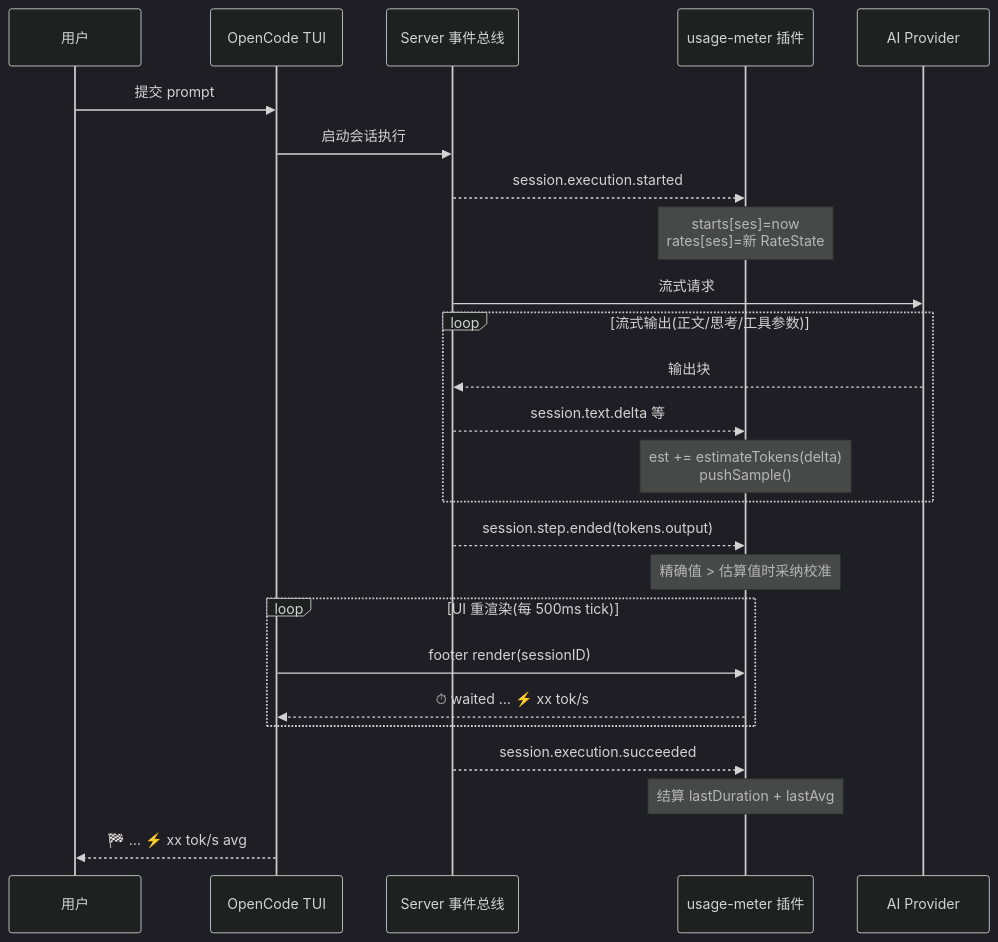
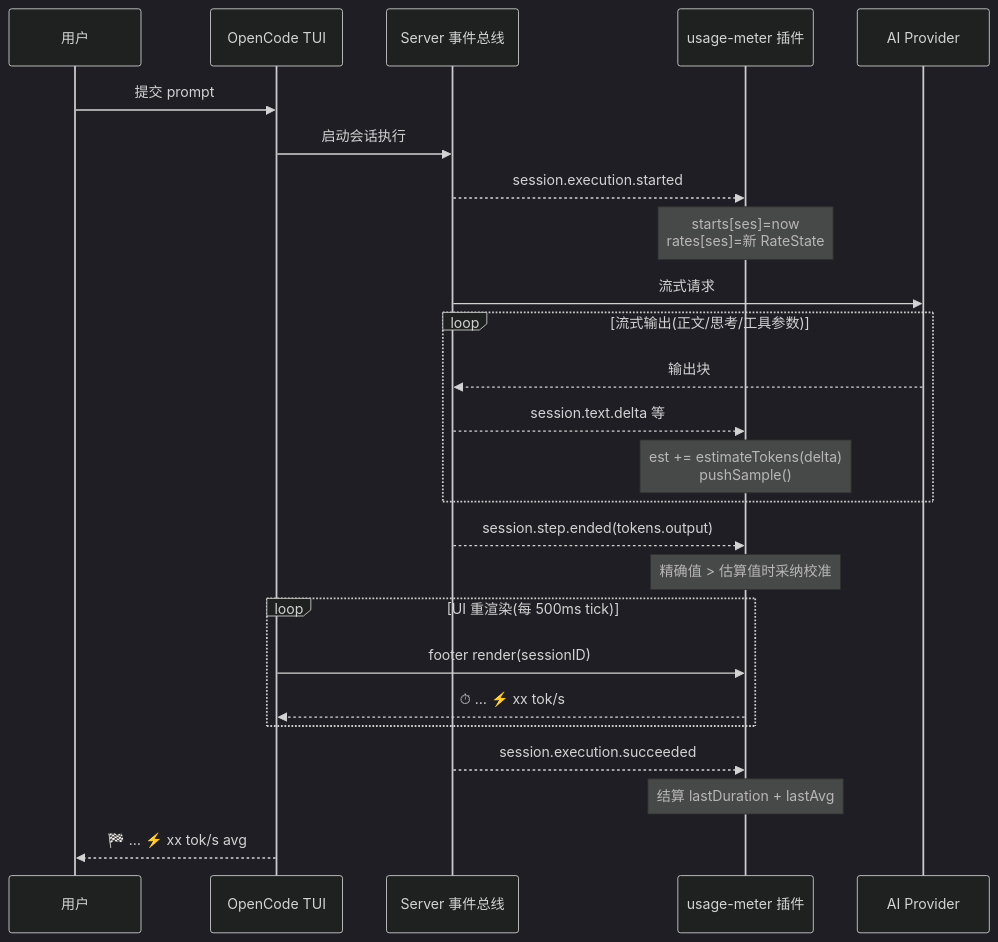
The first of 3 diagrams in DESIGN.md (dubuqiangu/opencode-elapsed-timer), drawn with Mermaid (dark theme) before and after one commit. The commit also changed other lines of this file and 5 other files, not shown here.

````diff
--- a/DESIGN.md
+++ b/DESIGN.md
@@ -136,28 +136,28 @@
 ```mermaid
 sequenceDiagram
     participant U as 用户
     participant TUI as OpenCode TUI
     participant S as Server 事件总线
     participant P as usage-meter 插件
     participant M as AI Provider
 
     U->>TUI: 提交 prompt
     TUI->>S: 启动会话执行
     S-->>P: session.execution.started
     Note over P: starts[ses]=now<br/>rates[ses]=新 RateState
     S->>M: 流式请求
     loop 流式输出(正文/思考/工具参数)
         M-->>S: 输出块
         S-->>P: session.text.delta 等
         Note over P: est += estimateTokens(delta)<br/>pushSample()
     end
     S-->>P: session.step.ended(tokens.output)
     Note over P: 精确值 > 估算值时采纳校准
     loop UI 重渲染(每 500ms tick)
         TUI->>P: footer render(sessionID)
-        P-->>TUI: ⏱ waited …  ⚡ xx tok/s
+        P-->>TUI: ⏱ …  ⚡ xx tok/s
     end
     S-->>P: session.execution.succeeded
     Note over P: 结算 lastDuration + lastAvg
     TUI-->>U: 🏁 …  ⚡ xx tok/s avg
 ```
````
